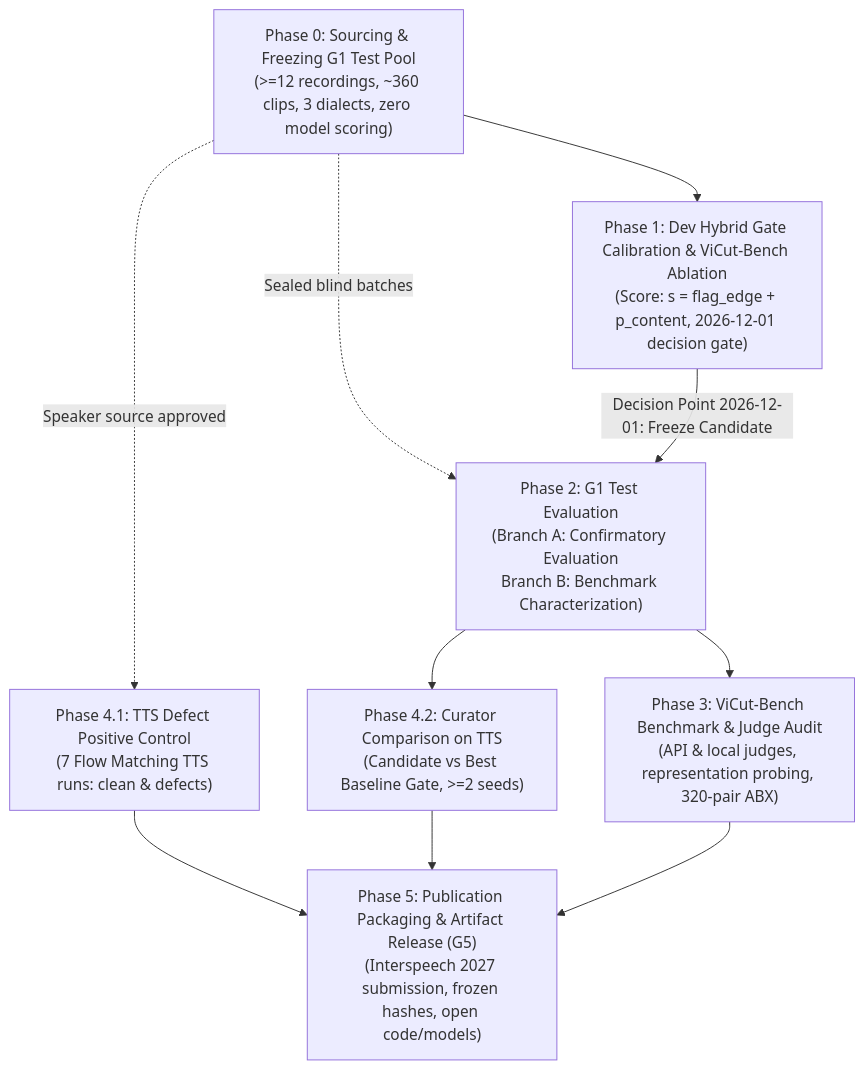
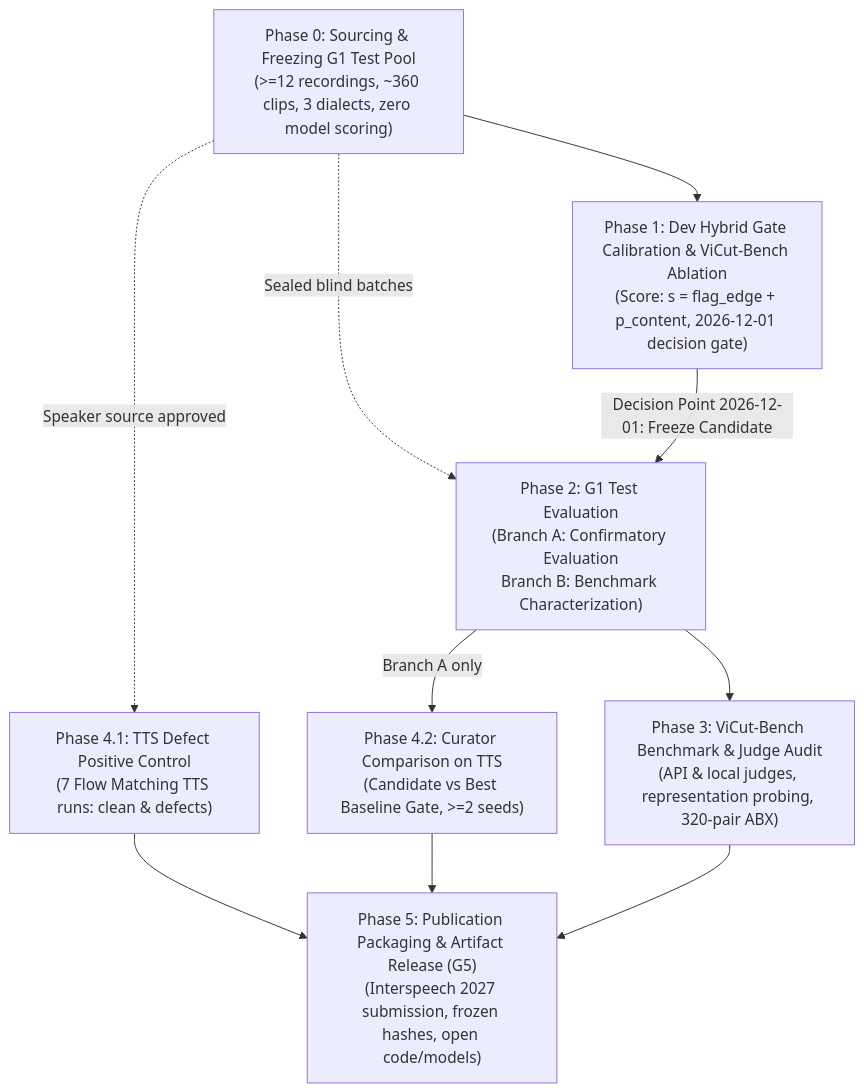
One commit to tungnguyenlam/audio-prepare-pipeline-redo changed the diagram in PLAN.md. Above: the diagram before and after it, drawn with Mermaid. The commit also changed other lines of this file, not shown here.

Commit message:
docs(research): resolve M1 best-baseline rule and clean up PLAN.md

````diff
--- a/PLAN.md
+++ b/PLAN.md
@@ -16,12 +16,12 @@
 ```mermaid
 flowchart TD
     P0["Phase 0: Sourcing & Freezing G1 Test Pool\n(>=12 recordings, ~360 clips, 3 dialects, zero model scoring)"] --> P1["Phase 1: Dev Hybrid Gate Calibration & ViCut-Bench Ablation\n(Score: s = flag_edge + p_content, 2026-12-01 decision gate)"]
     P0 -.->|Sealed blind batches| P2["Phase 2: G1 Test Evaluation\n(Branch A: Confirmatory Evaluation\nBranch B: Benchmark Characterization)"]
     P1 -->|Decision Point 2026-12-01: Freeze Candidate| P2
     P2 --> P3["Phase 3: ViCut-Bench Benchmark & Judge Audit\n(API & local judges, representation probing, 320-pair ABX)"]
     P0 -.->|Speaker source approved| P4A["Phase 4.1: TTS Defect Positive Control\n(7 Flow Matching TTS runs: clean & defects)"]
-    P2 --> P4B["Phase 4.2: Curator Comparison on TTS\n(Candidate vs Best Baseline Gate, >=2 seeds)"]
+    P2 -->|Branch A only| P4B["Phase 4.2: Curator Comparison on TTS\n(Candidate vs Best Baseline Gate, >=2 seeds)"]
     P4A --> P5["Phase 5: Publication Packaging & Artifact Release (G5)\n(Interspeech 2027 submission, frozen hashes, open code/models)"]
     P4B --> P5
     P3 --> P5
 ```
````
